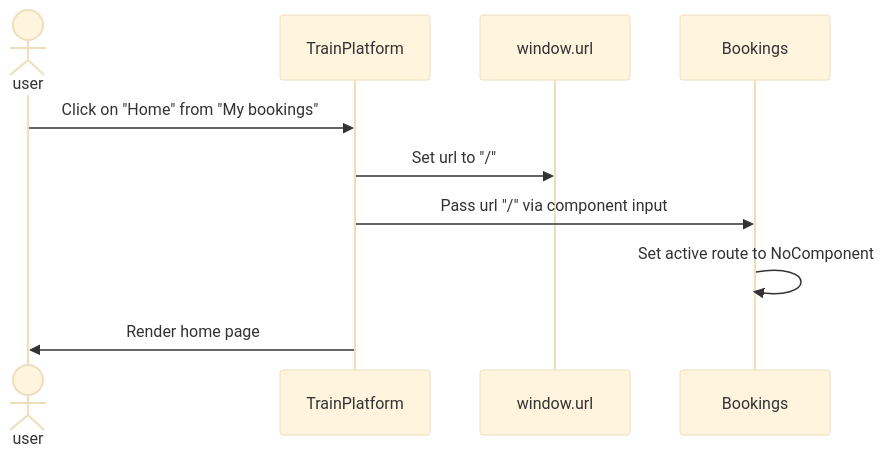
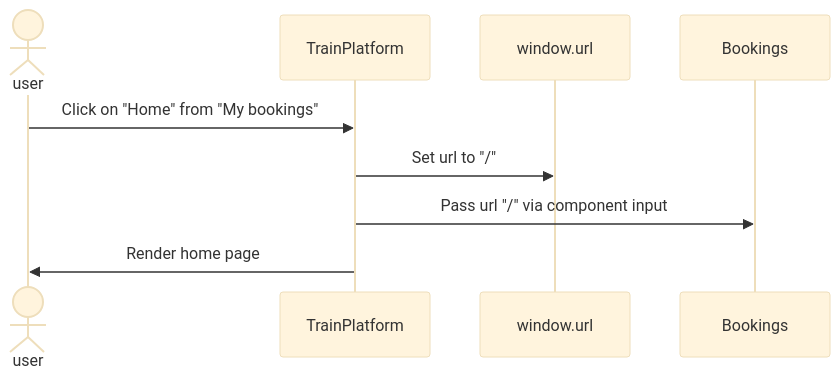
The fourth of 4 diagrams in README.md (fboeller/microfrontends-with-angular), drawn with Mermaid (base theme) before and after one commit.

Commit message:
Remove NoComponent from sequence diagram as it's no longer needed

````diff
--- a/README.md
+++ b/README.md
@@ -105,12 +105,11 @@
 ```mermaid
 sequenceDiagram
     actor user
     participant trainPlatform as TrainPlatform
     participant windowUrl as window.url
     participant bookings as Bookings
     user->>trainPlatform: Click on "Home" from "My bookings"
     trainPlatform->>windowUrl: Set url to "/"
     trainPlatform->>bookings: Pass url "/" via component input
-    bookings->>bookings: Set active route to NoComponent
     trainPlatform->>user: Render home page
 ```
````
